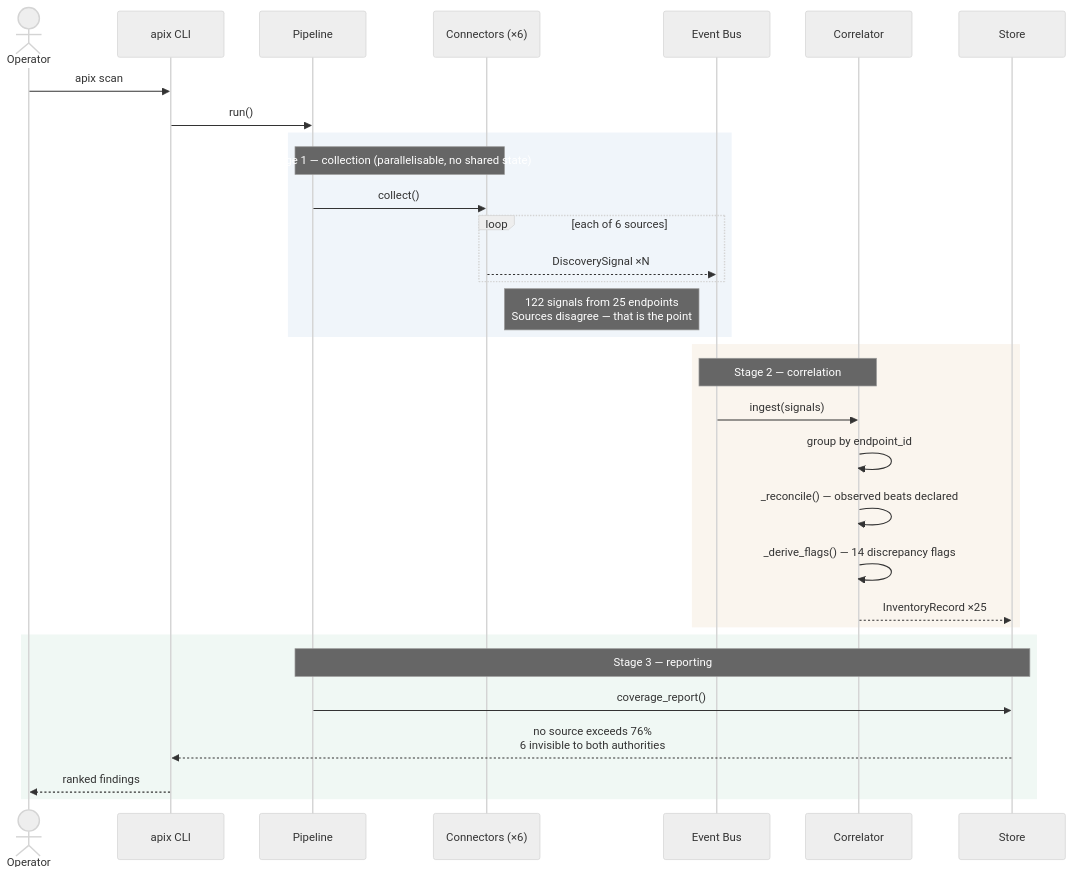
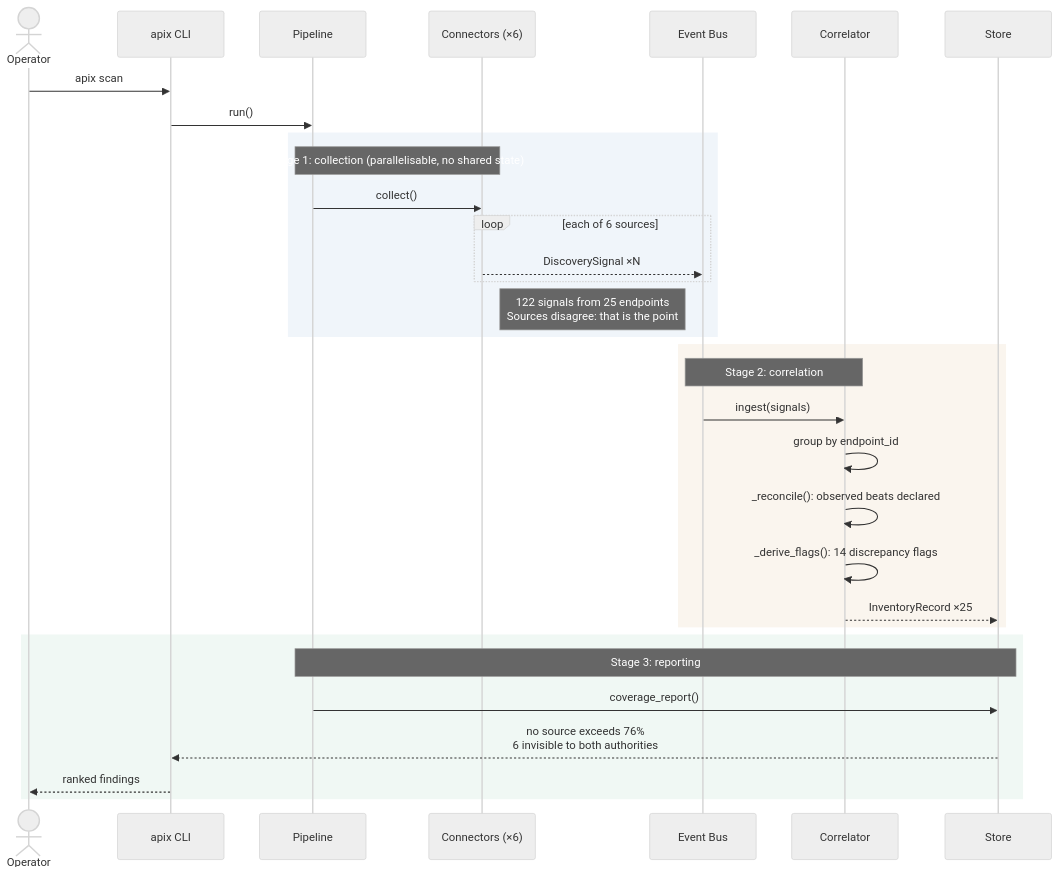
Before and after one commit to shivanshjindal28/api-exorcist: the diagram in docs/diagrams/sequence-scan.mmd, drawn with Mermaid (neutral theme). The commit also changed 36 other files, not shown here.

```diff
--- a/docs/diagrams/sequence-scan.mmd
+++ b/docs/diagrams/sequence-scan.mmd
@@ -1,36 +1,36 @@
 sequenceDiagram
     actor OP as Operator
     participant CLI as apix CLI
     participant PIPE as Pipeline
     participant CN as Connectors (×6)
     participant BUS as Event Bus
     participant COR as Correlator
     participant ST as Store
 
     OP->>CLI: apix scan
     CLI->>PIPE: run()
 
     rect rgb(240,245,250)
-        note over PIPE,CN: Stage 1 — collection (parallelisable, no shared state)
+        note over PIPE,CN: Stage 1: collection (parallelisable, no shared state)
         PIPE->>CN: collect()
         loop each of 6 sources
             CN-->>BUS: DiscoverySignal ×N
         end
-        note right of CN: 122 signals from 25 endpoints<br/>Sources disagree — that is the point
+        note right of CN: 122 signals from 25 endpoints<br/>Sources disagree: that is the point
     end
 
     rect rgb(250,245,238)
-        note over BUS,COR: Stage 2 — correlation
+        note over BUS,COR: Stage 2: correlation
         BUS->>COR: ingest(signals)
         COR->>COR: group by endpoint_id
-        COR->>COR: _reconcile() — observed beats declared
-        COR->>COR: _derive_flags() — 14 discrepancy flags
+        COR->>COR: _reconcile(): observed beats declared
+        COR->>COR: _derive_flags(): 14 discrepancy flags
         COR-->>ST: InventoryRecord ×25
     end
 
     rect rgb(240,248,244)
-        note over PIPE,ST: Stage 3 — reporting
+        note over PIPE,ST: Stage 3: reporting
         PIPE->>ST: coverage_report()
         ST-->>CLI: no source exceeds 76%<br/>6 invisible to both authorities
         CLI-->>OP: ranked findings
     end
```
